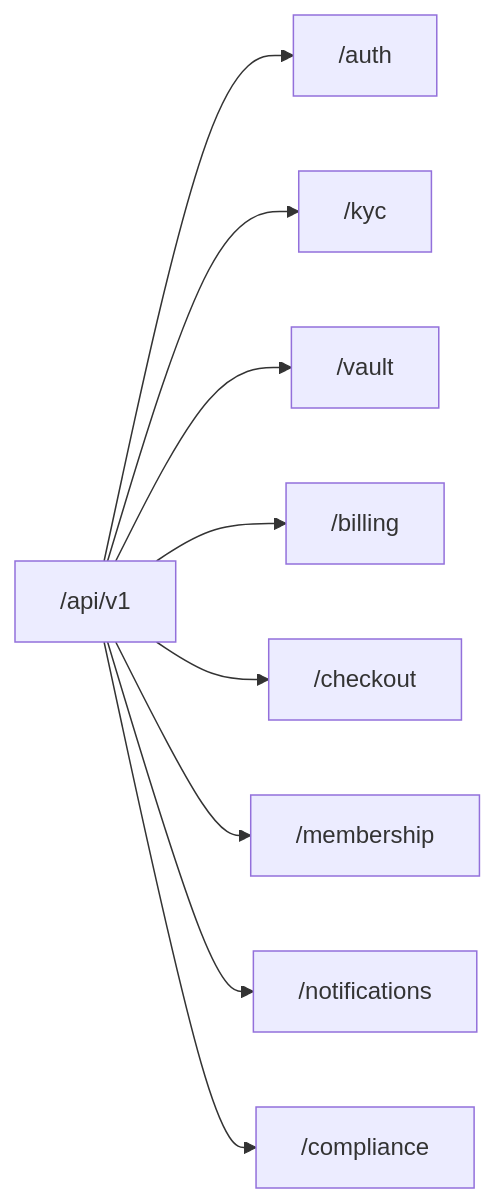
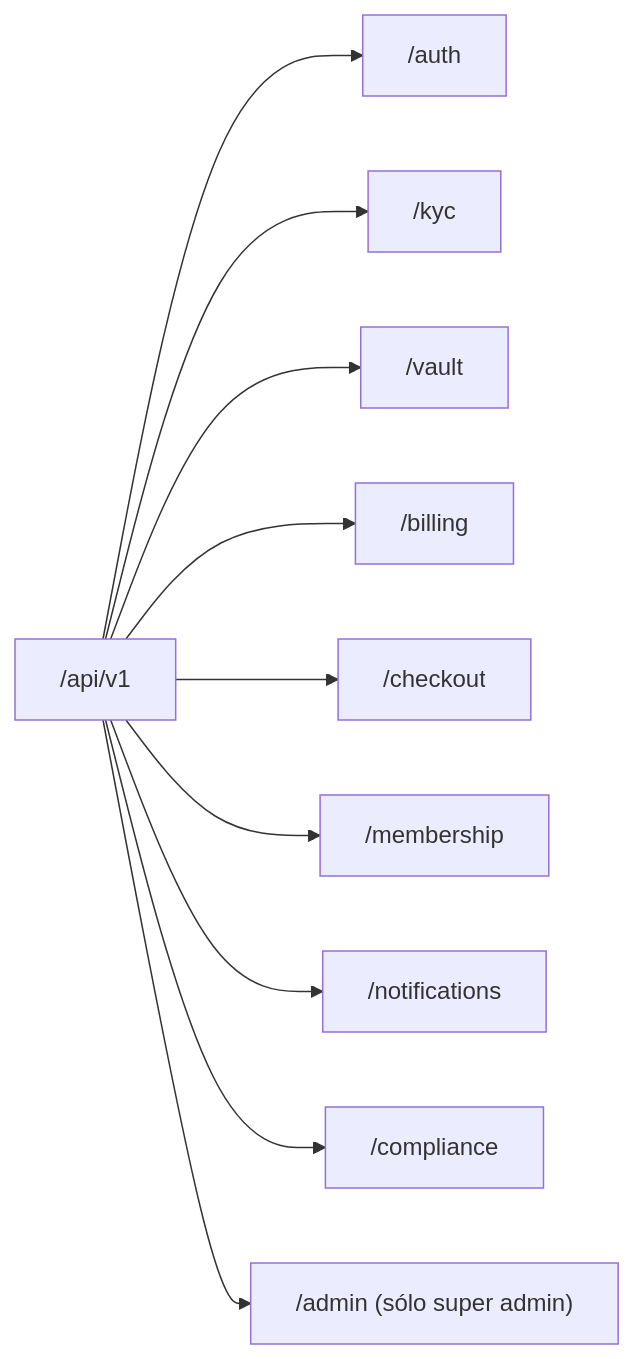
The seventh of 15 diagrams in docs/DOCUMENTACION-SISTEMA-COMPLETA.md (Spotynet/superclabe), drawn with Mermaid before and after one commit. The commit also changed other lines of this file and 31 other files, not shown here.

````diff
--- a/docs/DOCUMENTACION-SISTEMA-COMPLETA.md
+++ b/docs/DOCUMENTACION-SISTEMA-COMPLETA.md
@@ -474,12 +493,13 @@
 ```mermaid
 flowchart LR
   API["/api/v1"]
   API --> Auth["/auth"]
   API --> KYC["/kyc"]
   API --> Vault["/vault"]
   API --> Bill["/billing"]
   API --> CO["/checkout"]
   API --> Mem["/membership"]
   API --> Notif["/notifications"]
   API --> Comp["/compliance"]
+  API --> Adm["/admin (sólo super admin)"]
 ```
````
